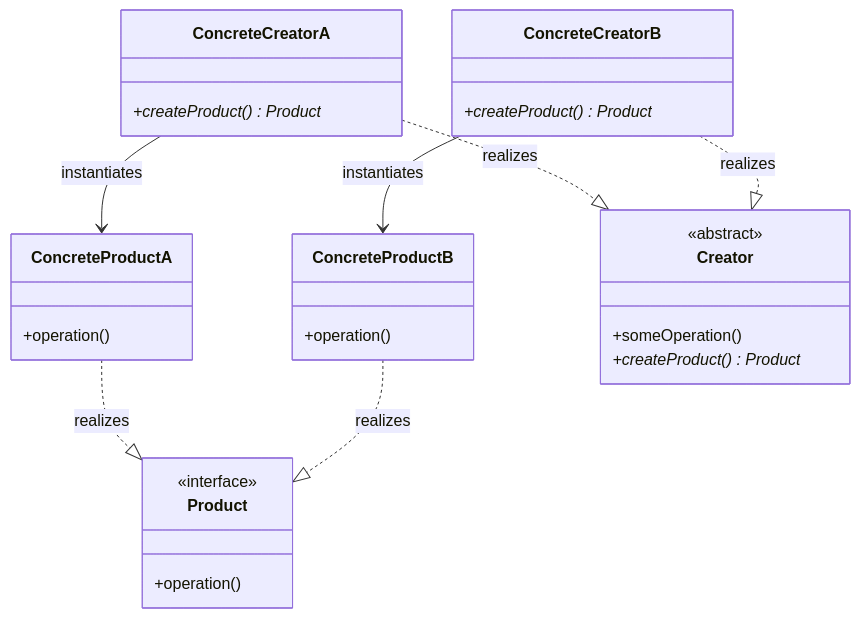
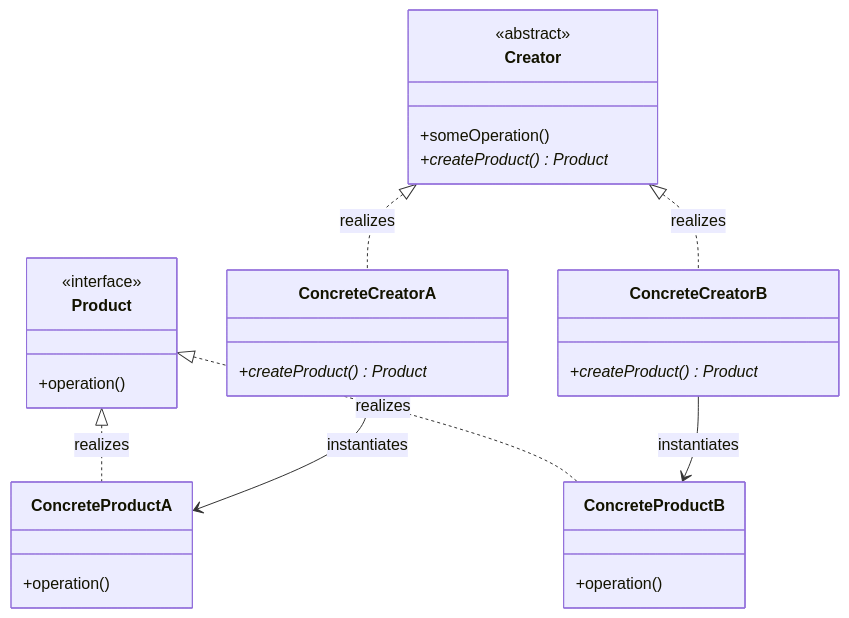
Before and after one commit to dasakash26/system-design: the first of 2 diagrams in notes/4_Factory Pattern/4_Factory Pattern.md, drawn with Mermaid. The commit also changed other lines of this file and 17 other files, not shown here.

````diff
--- a/notes/4_Factory Pattern/4_Factory Pattern.md
+++ b/notes/4_Factory Pattern/4_Factory Pattern.md
@@ -23,32 +34,32 @@
 ```mermaid
 classDiagram
     direction TB
     class Product {
         <<interface>>
         +operation()
     }
     class ConcreteProductA {
         +operation()
     }
     class ConcreteProductB {
         +operation()
     }
     class Creator {
         <<abstract>>
         +someOperation()
         +createProduct() Product*
     }
     class ConcreteCreatorA {
         +createProduct() Product*
     }
     class ConcreteCreatorB {
         +createProduct() Product*
     }
 
-    ConcreteProductA ..|> Product : realizes
-    ConcreteProductB ..|> Product : realizes
-    ConcreteCreatorA ..|> Creator : realizes
-    ConcreteCreatorB ..|> Creator : realizes
+    Product <|.. ConcreteProductA : realizes
+    Product <|.. ConcreteProductB : realizes
+    Creator <|.. ConcreteCreatorA : realizes
+    Creator <|.. ConcreteCreatorB : realizes
     ConcreteCreatorA --> ConcreteProductA : instantiates
     ConcreteCreatorB --> ConcreteProductB : instantiates
 ```
````
